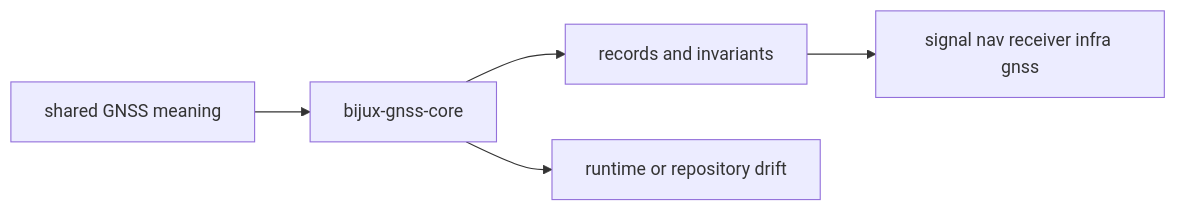
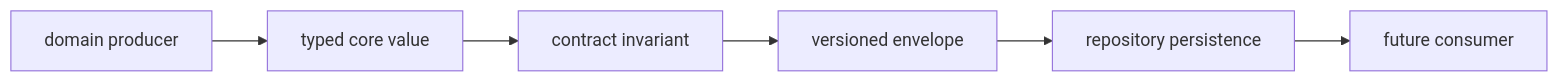
One commit to bijux/bijux-telecom changed the second of 2 diagrams in docs/02-bijux-gnss-core/foundation/index.md. Above: the diagram before and after it, drawn with Mermaid. The commit also changed other lines of this file and 1 other file, not shown here.

Commit message:
docs(core): map shared contracts to evidence

````diff
--- a/docs/02-bijux-gnss-core/foundation/index.md
+++ b/docs/02-bijux-gnss-core/foundation/index.md
@@ -19,11 +75,11 @@
 ```mermaid
 flowchart LR
-    meaning["shared GNSS meaning"]
-    core["bijux-gnss-core"]
-    contracts["records and invariants"]
-    downstream["signal nav receiver infra gnss"]
-    drift["runtime or repository drift"]
+    producer["domain producer"]
+    value["typed core value"]
+    invariant["contract invariant"]
+    envelope["versioned envelope"]
+    repository["repository persistence"]
+    consumer["future consumer"]
 
-    meaning --> core --> contracts --> downstream
-    core --> drift
+    producer --> value --> invariant --> envelope --> repository --> consumer
 ```
````
